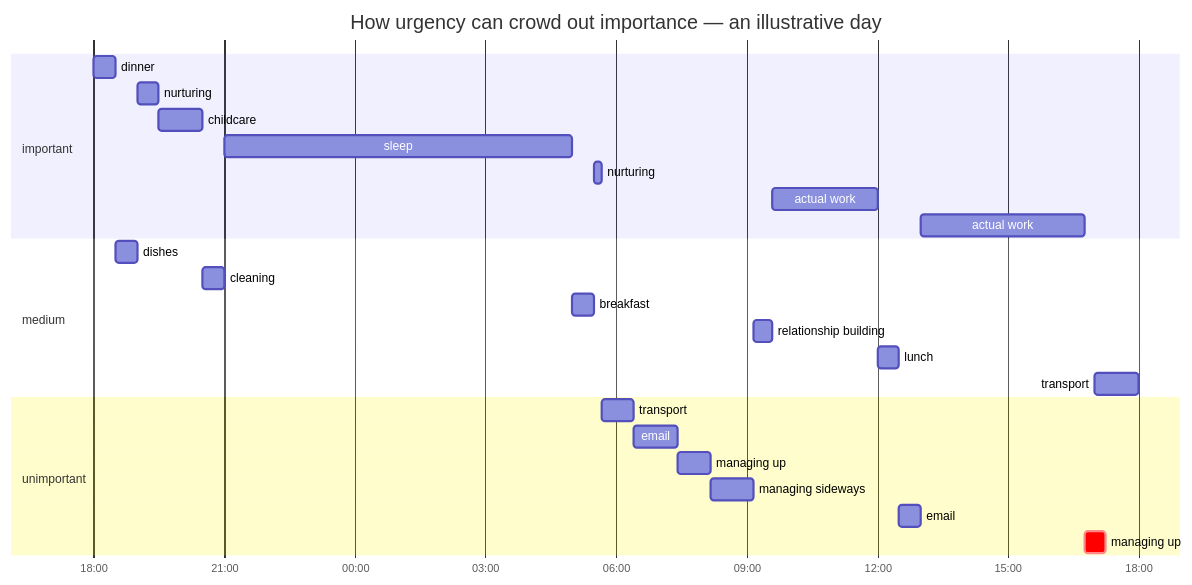
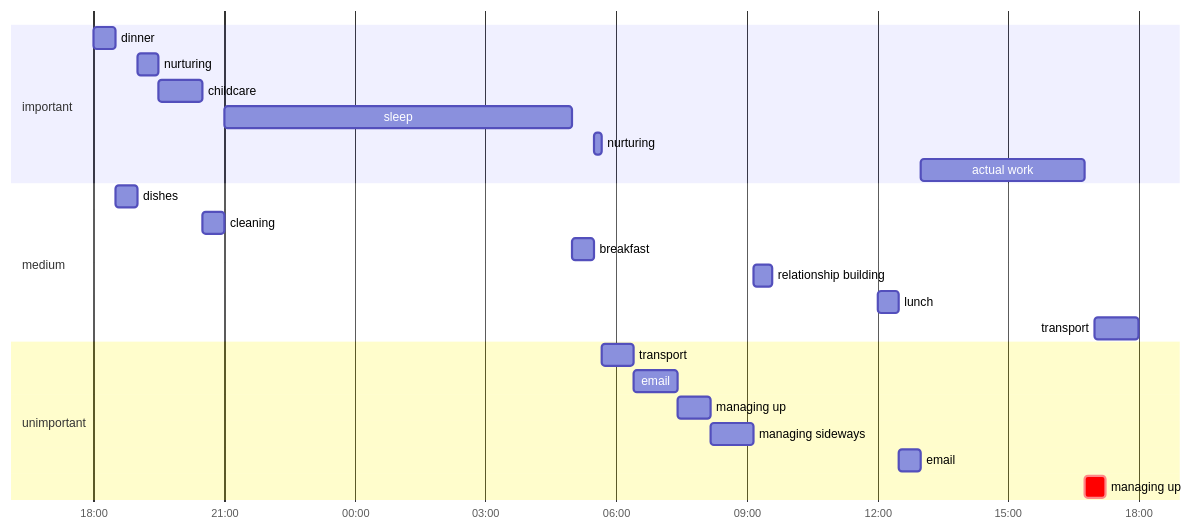
One commit to pbangiola/nexttask changed the diagram in frontend/diagrams/illustrative-day.mmd. Above: the diagram before and after it, drawn with Mermaid. The commit also changed 16 other files, not shown here.

```diff
--- a/frontend/diagrams/illustrative-day.mmd
+++ b/frontend/diagrams/illustrative-day.mmd
@@ -1,28 +1,26 @@
 gantt
-    title How urgency can crowd out importance — an illustrative day
     dateFormat YYYY-MM-DD HH:mm
     axisFormat %H:%M
     tickInterval 3hour
     todayMarker off
     section important
     dinner          :dinner, 2026-10-25 18:00, 30m
     nurturing       :nurturing, 2026-10-25 19:00, 30m
     childcare       :childcare, 2026-10-25 19:30, 1h
     sleep           :sleep, 2026-10-25 21:00, 8h
     nurturing       :nurture2, 2026-10-26 05:30, 10m
-    actual work     :work1, 2026-10-26 09:35, 145m
     actual work     :work2, 2026-10-26 13:00, 225m
     section medium
     dishes                  :dishes, 2026-10-25 18:30, 30m
     cleaning                :cleaning, 2026-10-25 20:30, 30m
     breakfast               :selfcare, 2026-10-26 05:00, 30m
     relationship building   :rel, 2026-10-26 09:10, 25m
     lunch                   :lunch, 2026-10-26 12:00, 30m
     transport               :transport2, 2026-10-26 17:00, 60m
     section unimportant
     transport           :transport1, 2026-10-26 05:40, 45m
     email               :email, 2026-10-26 06:25, 60m
     managing up         :mup, 2026-10-26 07:25, 45m
     managing sideways   :mess, 2026-10-26 08:10, 60m
     email               :email2, 2026-10-26 12:30, 30m
     managing up         :crit, mup2, 2026-10-26 16:45, 30m
```
